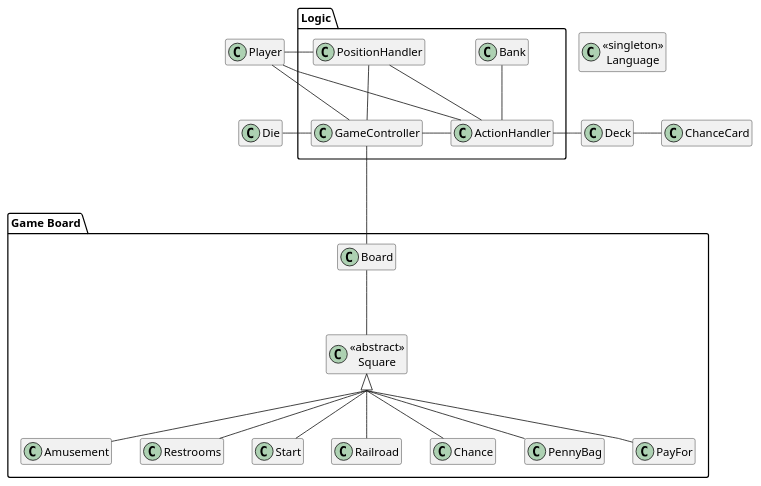
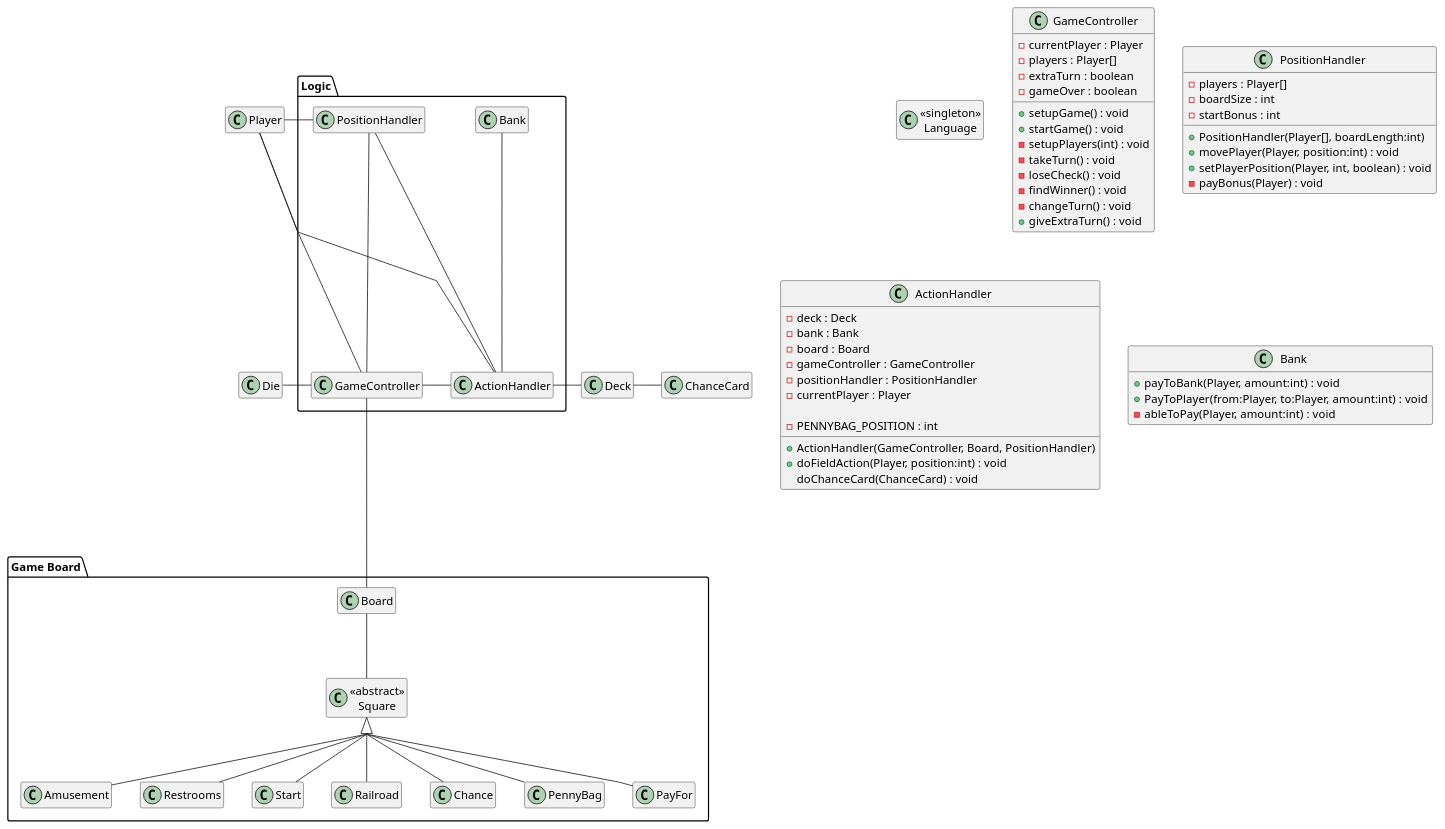
The diagram in diagrams/design2.puml (Greve2001/CDIO3), drawn with PlantUML before and after one commit. The commit also changed 3 other files, not shown here.

Commit message:
Added variables and methods to designdiagram

```diff
--- a/diagrams/design2.puml
+++ b/diagrams/design2.puml
@@ -1,60 +1,108 @@
 @startuml
 
 hide empty members
 skinparam groupInheritance 2
 
 skinparam linetype polyline
 
 
 class Die
 
 package "Game Board" {
     class Board
     class "<<abstract>>\nSquare" as Square
         class Amusement
         class Restrooms
         class Start
         class Railroad
         class Chance
         class PennyBag
         class PayFor
 }
 
 package Logic {
     class Bank
     class GameController
     class PositionHandler
     class ActionHandler
 }
 
 class Deck
 class ChanceCard
 class Player
 class "<<singleton>>\nLanguage" as Language
 
 GameController -left- PositionHandler
 GameController -right- ActionHandler
 PositionHandler -- ActionHandler
 
 GameController -left- Player
 ActionHandler -left- Player
 PositionHandler -left- Player
 ActionHandler -up- Bank
 
 GameController -down-- Board
 ActionHandler -right- Deck
     Deck -right- ChanceCard
 GameController -left- Die
 
 
 Board -- Square
 Square <|-- Restrooms
 Square <|-- Amusement
 Square <|-- Railroad
 Square <|-- PayFor
 Square <|-- PennyBag
 Square <|-- Start
 Square <|-- Chance
 
 
+class GameController {
+    -currentPlayer : Player
+    -players : Player[]
+    -extraTurn : boolean
+    -gameOver : boolean
+
+    +setupGame() : void
+    +startGame() : void
+    -setupPlayers(int) : void
+    -takeTurn() : void
+    -loseCheck() : void
+    -findWinner() : void
+    -changeTurn() : void
+    +giveExtraTurn() : void
+}
+
+class PositionHandler {
+    -players : Player[]
+    -boardSize : int
+    -startBonus : int
+
+    +PositionHandler(Player[], boardLength:int)
+    +movePlayer(Player, position:int) : void
+    +setPlayerPosition(Player, int, boolean) : void
+    -payBonus(Player) : void
+}
+
+class ActionHandler {
+    -deck : Deck
+    -bank : Bank
+    -board : Board
+    -gameController : GameController
+    -positionHandler : PositionHandler
+    -currentPlayer : Player
+
+    -PENNYBAG_POSITION : int
+
+    +ActionHandler(GameController, Board, PositionHandler)
+    +doFieldAction(Player, position:int) : void
+    doChanceCard(ChanceCard) : void
+}
+
+class Bank {
+    +payToBank(Player, amount:int) : void
+    +PayToPlayer(from:Player, to:Player, amount:int) : void
+    -ableToPay(Player, amount:int) : void
+}
+
 @enduml
```
